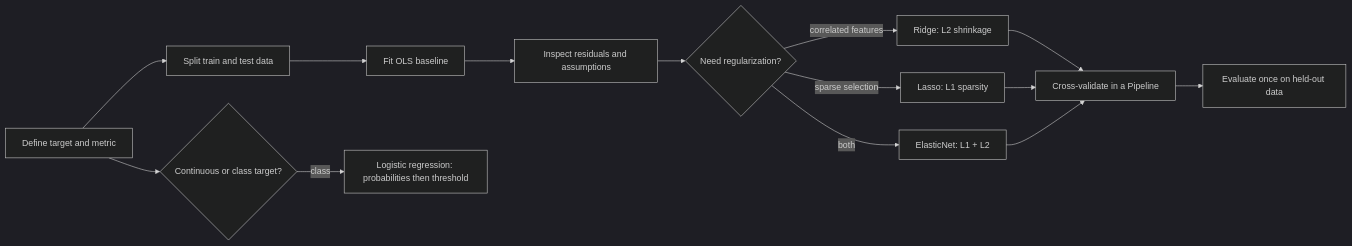
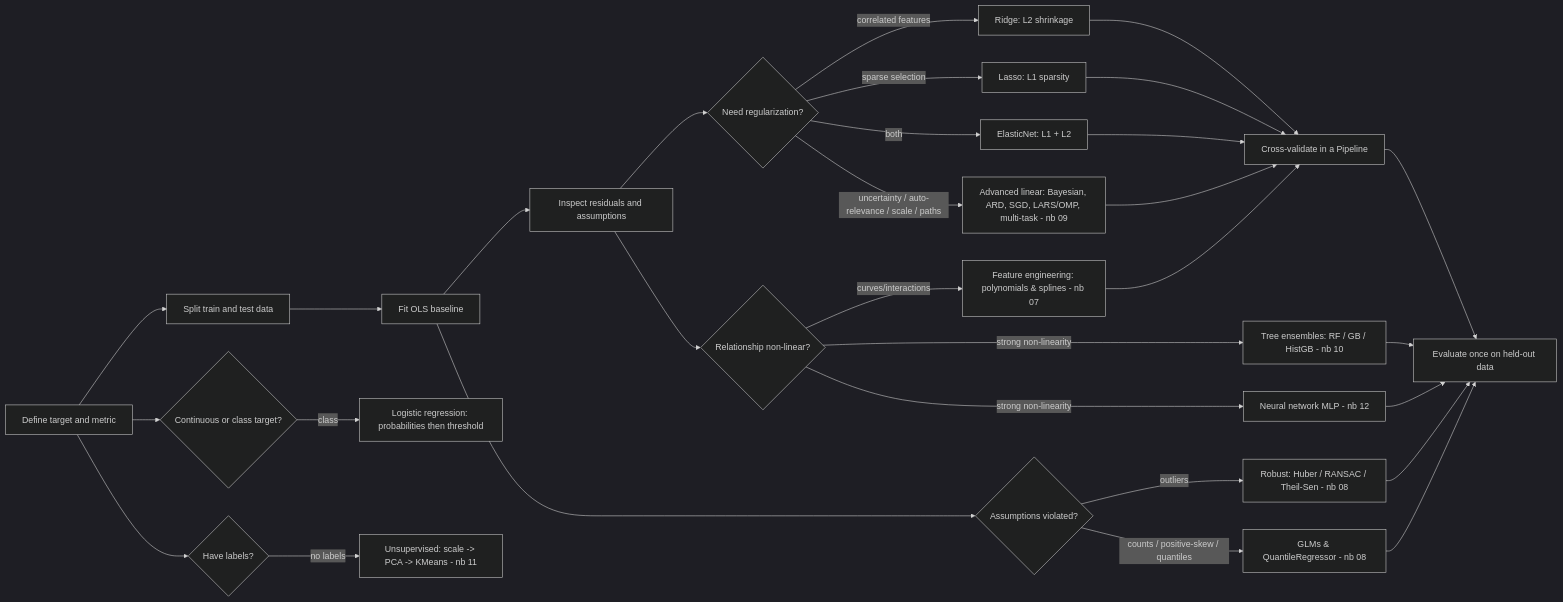
The diagram in README.md (Ramu-DE/Linermodel), drawn with Mermaid (dark theme) before and after one commit. The commit also changed other lines of this file and 6 other files, not shown here.

````diff
--- a/README.md
+++ b/README.md
@@ -7,16 +7,34 @@
 ```mermaid
 flowchart LR
     A[Define target and metric] --> B[Split train and test data]
     B --> C[Fit OLS baseline]
     C --> D[Inspect residuals and assumptions]
     D --> E{Need regularization?}
     E -- correlated features --> F[Ridge: L2 shrinkage]
     E -- sparse selection --> G[Lasso: L1 sparsity]
     E -- both --> H[ElasticNet: L1 + L2]
     F --> I[Cross-validate in a Pipeline]
     G --> I
     H --> I
     I --> J[Evaluate once on held-out data]
     A --> K{Continuous or class target?}
     K -- class --> L[Logistic regression: probabilities then threshold]
+
+    %% Beyond core linear models
+    D --> M{Relationship non-linear?}
+    M -- curves/interactions --> N[Feature engineering: polynomials & splines - nb 07]
+    N --> I
+    C --> O{Assumptions violated?}
+    O -- outliers --> P[Robust: Huber / RANSAC / Theil-Sen - nb 08]
+    O -- counts / positive-skew / quantiles --> Q[GLMs & QuantileRegressor - nb 08]
+    P --> J
+    Q --> J
+    E -- uncertainty / auto-relevance / scale / paths --> R[Advanced linear: Bayesian, ARD, SGD, LARS/OMP, multi-task - nb 09]
+    R --> I
+    M -- strong non-linearity --> S[Tree ensembles: RF / GB / HistGB - nb 10]
+    M -- strong non-linearity --> T[Neural network MLP - nb 12]
+    S --> J
+    T --> J
+    A --> U{Have labels?}
+    U -- no labels --> V[Unsupervised: scale -> PCA -> KMeans - nb 11]
 ```
````
